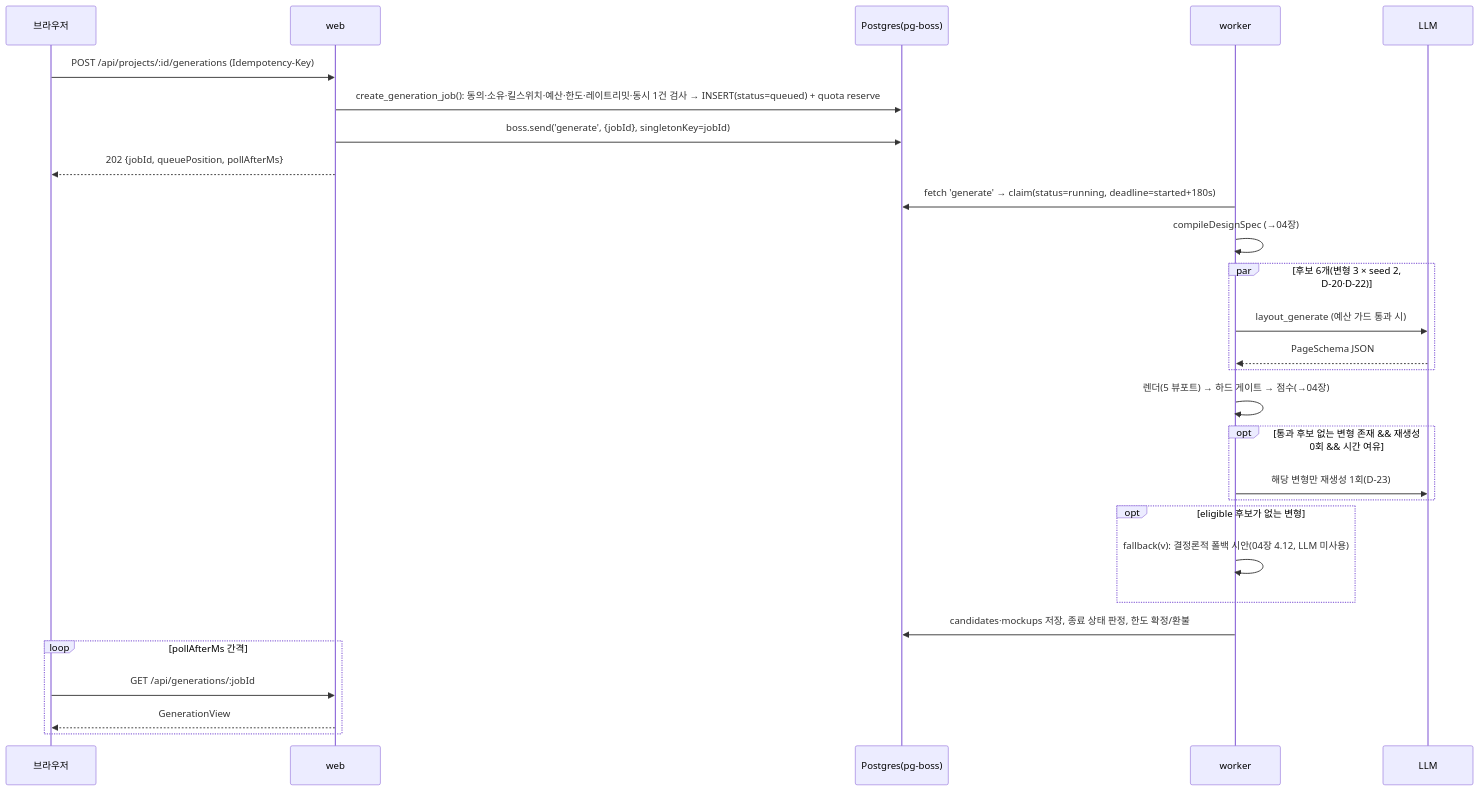
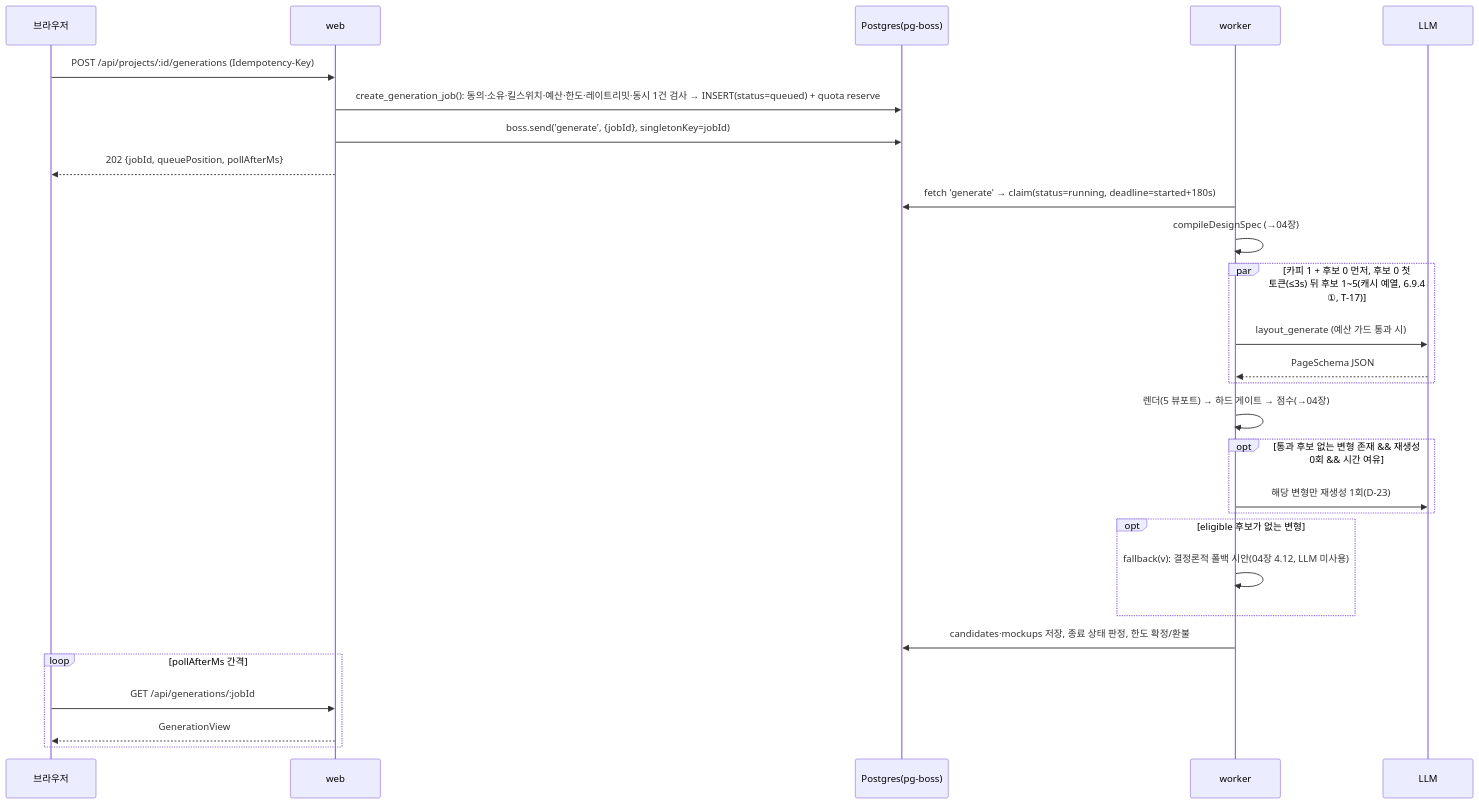
The third of 4 diagrams in docs/spec/v2/06_architecture.md (sung1842/AutoDesignWeb), drawn with Mermaid before and after one commit. The commit also changed other lines of this file and 2 other files, not shown here.

````diff
--- a/docs/spec/v2/06_architecture.md
+++ b/docs/spec/v2/06_architecture.md
@@ -157,30 +157,30 @@
 ```mermaid
 sequenceDiagram
   participant C as 브라우저
   participant W as web
   participant D as Postgres(pg-boss)
   participant K as worker
   participant L as LLM
   C->>W: POST /api/projects/:id/generations (Idempotency-Key)
   W->>D: create_generation_job(): 동의·소유·킬스위치·예산·한도·레이트리밋·동시 1건 검사 → INSERT(status=queued) + quota reserve
   W->>D: boss.send('generate', {jobId}, singletonKey=jobId)
   W-->>C: 202 {jobId, queuePosition, pollAfterMs}
   K->>D: fetch 'generate' → claim(status=running, deadline=started+180s)
   K->>K: compileDesignSpec (→04장)
-  par 후보 6개(변형 3 × seed 2, D-20·D-22)
+  par 카피 1 + 후보 0 먼저, 후보 0 첫 토큰(≤3s) 뒤 후보 1~5(캐시 예열, 6.9.4 ①, T-17)
     K->>L: layout_generate (예산 가드 통과 시)
     L-->>K: PageSchema JSON
   end
   K->>K: 렌더(5 뷰포트) → 하드 게이트 → 점수(→04장)
   opt 통과 후보 없는 변형 존재 && 재생성 0회 && 시간 여유
     K->>L: 해당 변형만 재생성 1회(D-23)
   end
   opt eligible 후보가 없는 변형
     K->>K: fallback(v): 결정론적 폴백 시안(04장 4.12, LLM 미사용)
   end
   K->>D: candidates·mockups 저장, 종료 상태 판정, 한도 확정/환불
   loop pollAfterMs 간격
     C->>W: GET /api/generations/:jobId
     W-->>C: GenerationView
   end
 ```
````
